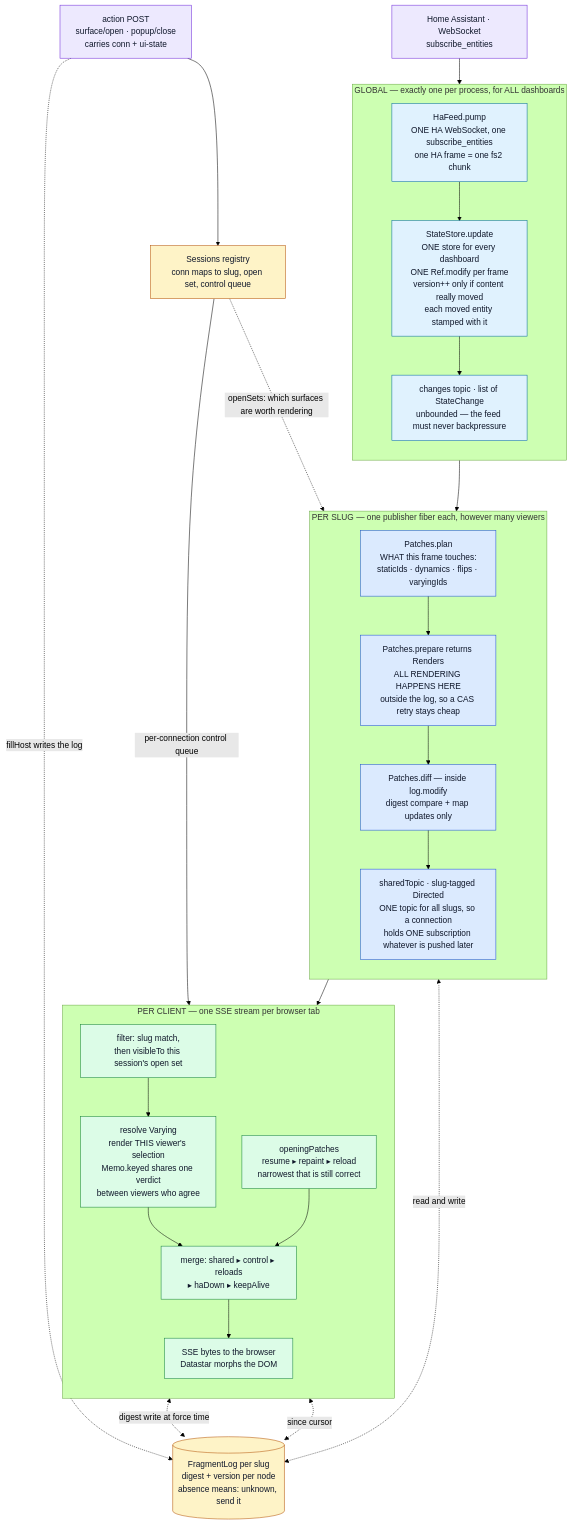
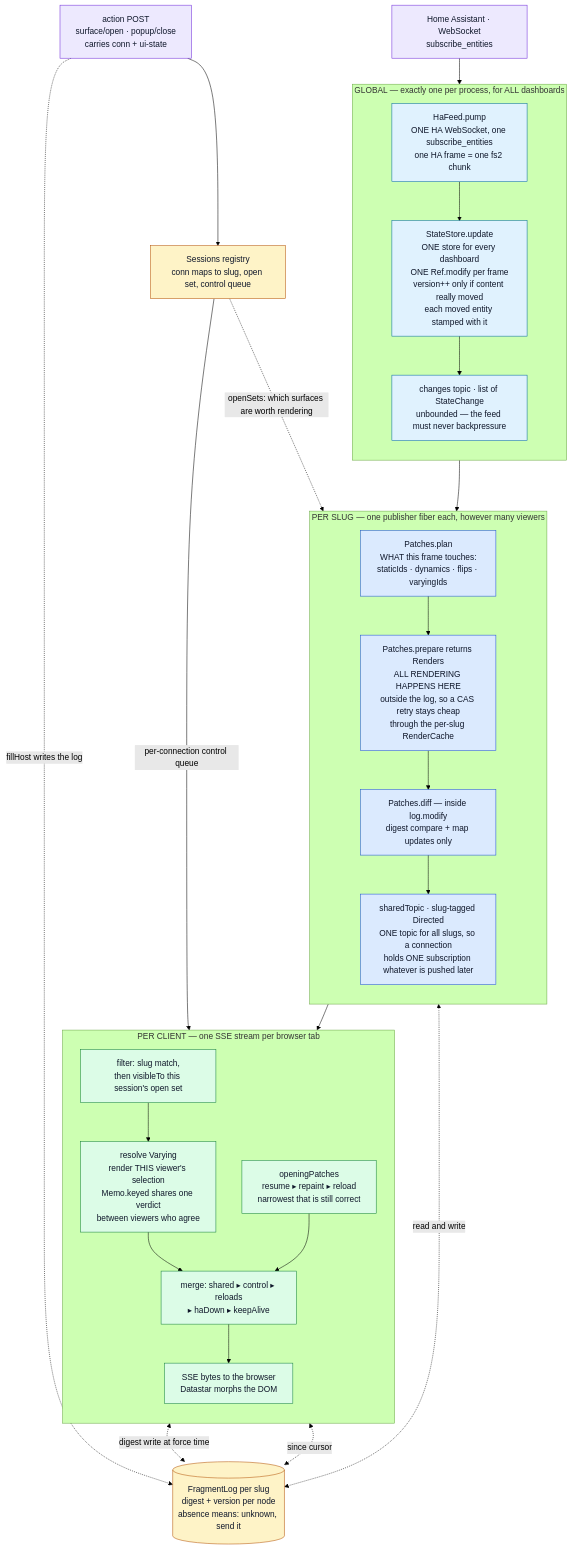
Before and after one commit to perok/functional-home-assistant: the first of 3 diagrams in docs/architecture-rendering-pipeline.md, drawn with Mermaid (forest theme). The commit also changed other lines of this file and 1 other file, not shown here.

````diff
--- a/docs/architecture-rendering-pipeline.md
+++ b/docs/architecture-rendering-pipeline.md
@@ -30,54 +30,54 @@
 ```mermaid
 flowchart TB
   HA["Home Assistant · WebSocket<br/>subscribe_entities"]
 
   subgraph GLOBAL["GLOBAL — exactly one per process, for ALL dashboards"]
     direction TB
     PUMP["HaFeed.pump<br/>ONE HA WebSocket, one subscribe_entities<br/>one HA frame = one fs2 chunk"]
     STORE["StateStore.update<br/>ONE store for every dashboard<br/>ONE Ref.modify per frame<br/>version++ only if content really moved<br/>each moved entity stamped with it"]
     CH["changes topic · list of StateChange<br/>unbounded — the feed must never backpressure"]
   end
 
   subgraph SHARED["PER SLUG — one publisher fiber each, however many viewers"]
     direction TB
     PLAN["Patches.plan<br/>WHAT this frame touches:<br/>staticIds · dynamics · flips · varyingIds"]
-    PREP["Patches.prepare returns Renders<br/>ALL RENDERING HAPPENS HERE<br/>outside the log, so a CAS retry stays cheap"]
+    PREP["Patches.prepare returns Renders<br/>ALL RENDERING HAPPENS HERE<br/>outside the log, so a CAS retry stays cheap<br/>through the per-slug RenderCache"]
     DIFF["Patches.diff — inside log.modify<br/>digest compare + map updates only"]
     TOPIC["sharedTopic · slug-tagged Directed<br/>ONE topic for all slugs, so a connection<br/>holds ONE subscription whatever is pushed later"]
   end
 
   subgraph CLIENT["PER CLIENT — one SSE stream per browser tab"]
     direction TB
     OPEN["openingPatches<br/>resume ▸ repaint ▸ reload<br/>narrowest that is still correct"]
     FILT["filter: slug match,<br/>then visibleTo this session's open set"]
     RESOLVE["resolve Varying<br/>render THIS viewer's selection<br/>Memo.keyed shares one verdict<br/>between viewers who agree"]
     MERGE["merge: shared ▸ control ▸ reloads<br/>▸ haDown ▸ keepAlive"]
     SSE["SSE bytes to the browser<br/>Datastar morphs the DOM"]
   end
 
   ACT["action POST<br/>surface/open · popup/close<br/>carries conn + ui-state"]
   SESS["Sessions registry<br/>conn maps to slug, open set, control queue"]
   LOG[("FragmentLog per slug<br/>digest + version per node<br/>absence means: unknown, send it")]
 
   HA --> PUMP --> STORE --> CH --> PLAN --> PREP --> DIFF --> TOPIC
   TOPIC --> FILT --> RESOLVE --> MERGE --> SSE
   OPEN --> MERGE
   DIFF <-.->|read and write| LOG
   RESOLVE <-.->|digest write at force time| LOG
   OPEN <-.->|since cursor| LOG
   ACT --> SESS
   SESS -->|per-connection control queue| MERGE
   ACT -.->|fillHost writes the log| LOG
   SESS -.->|openSets: which surfaces are worth rendering| PLAN
 
   classDef global fill:#e0f2fe,stroke:#0369a1,color:#0f172a
   classDef shared fill:#dbeafe,stroke:#1d4ed8,color:#0f172a
   classDef client fill:#dcfce7,stroke:#15803d,color:#0f172a
   classDef store fill:#fef3c7,stroke:#b45309,color:#0f172a
   classDef ext fill:#ede9fe,stroke:#6d28d9,color:#0f172a
   class PUMP,STORE,CH global
   class PLAN,PREP,DIFF,TOPIC shared
   class OPEN,FILT,RESOLVE,MERGE,SSE client
   class LOG,SESS store
   class HA,ACT ext
 ```
````
